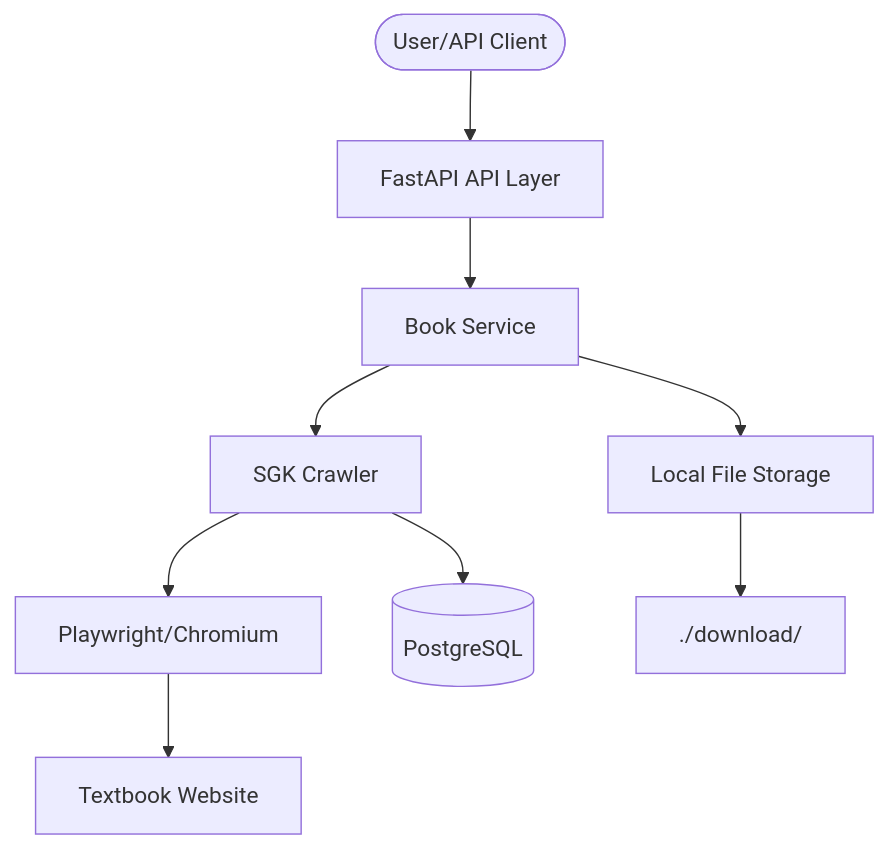
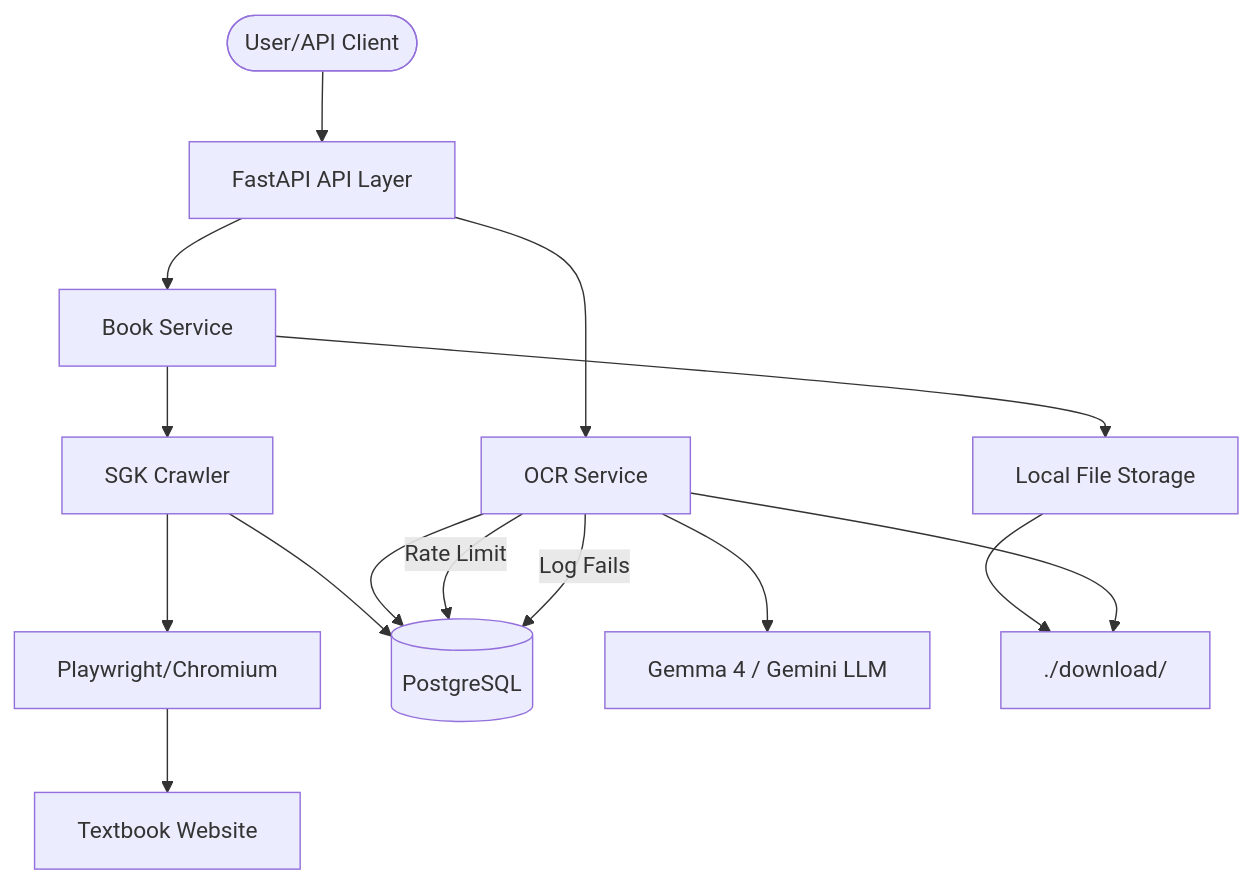
The diagram in AGENTS.md (baokha04/crawler-sgk), drawn with Mermaid before and after one commit. The commit also changed other lines of this file and 10 other files, not shown here.

````diff
--- a/AGENTS.md
+++ b/AGENTS.md
@@ -66,11 +86,17 @@
 ```mermaid
 graph TD
     User([User/API Client]) --> API[FastAPI API Layer]
     API --> BookService[Book Service]
+    API --> OCRService[OCR Service]
     BookService --> Crawler[SGK Crawler]
     Crawler --> Playwright[Playwright/Chromium]
     Playwright --> Website[Textbook Website]
     Crawler --> DB[(PostgreSQL)]
+    OCRService --> Gemma4[Gemma 4 / Gemini LLM]
+    OCRService --> DB
     BookService --> Storage[Local File Storage]
     Storage --> DownloadDir[./download/]
+    OCRService --> DownloadDir
+    OCRService -- Rate Limit --> DB
+    OCRService -- Log Fails --> DB
 ```
````
